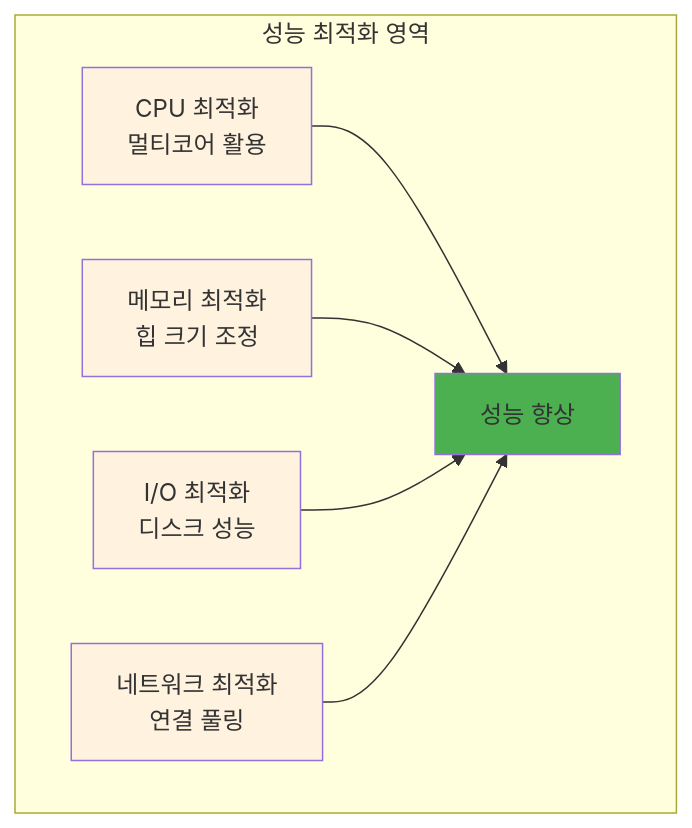
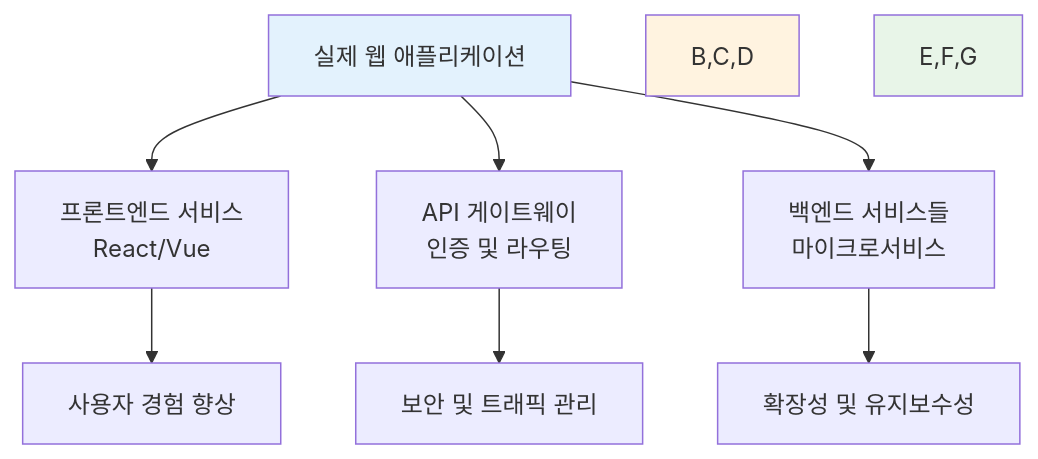
Before and after one commit to niceguy61/kdt_devops_lecture_2025: the fifth of 5 diagrams in theory/week_02/day1/session_2.md, drawn with Mermaid. The commit also changed other lines of this file and 70 other files, not shown here.

````diff
--- a/theory/week_02/day1/session_2.md
+++ b/theory/week_02/day1/session_2.md
@@ -112,15 +272,14 @@
 ```mermaid
 graph TB
-    subgraph "성능 최적화 영역"
-        A[CPU 최적화<br/>멀티코어 활용] --> E[성능 향상]
-        B[메모리 최적화<br/>힙 크기 조정] --> E
-        C[I/O 최적화<br/>디스크 성능] --> E
-        D[네트워크 최적화<br/>연결 풀링] --> E
-    end
+    A[실제 웹 애플리케이션] --> B[프론트엔드 서비스<br/>React/Vue]
+    A --> C[API 게이트웨이<br/>인증 및 라우팅]
+    A --> D[백엔드 서비스들<br/>마이크로서비스]
     
-    style A fill:#fff3e0
-    style B fill:#fff3e0
-    style C fill:#fff3e0
-    style D fill:#fff3e0
-    style E fill:#4caf50
+    B --> E[사용자 경험 향상]
+    C --> F[보안 및 트래픽 관리]
+    D --> G[확장성 및 유지보수성]
+    
+    style A fill:#e3f2fd
+    style B,C,D fill:#fff3e0
+    style E,F,G fill:#e8f5e8
 ```
````
